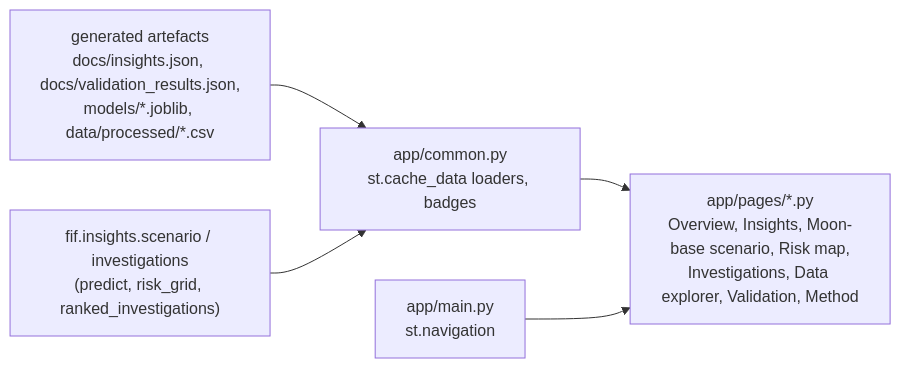
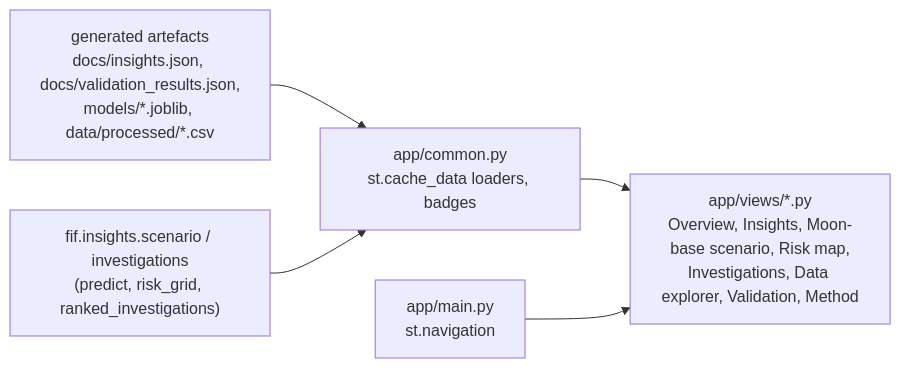
The fourth of 4 diagrams in docs/ARCHITECTURE.md (ruska51/prometheus-0g), drawn with Mermaid before and after one commit. The commit also changed 23 other files, not shown here.

First line of the commit message:
stage-8: burning-droplet animation window (ADR-035), app/pages -> app/views navigation fix

````diff
--- a/docs/ARCHITECTURE.md
+++ b/docs/ARCHITECTURE.md
@@ -119,7 +119,7 @@
 ```mermaid
 flowchart LR
     G["generated artefacts<br/>docs/insights.json, docs/validation_results.json,<br/>models/*.joblib, data/processed/*.csv"] --> C["app/common.py<br/>st.cache_data loaders, badges"]
     P["fif.insights.scenario / investigations<br/>(predict, risk_grid, ranked_investigations)"] --> C
-    C --> PG["app/pages/*.py<br/>Overview, Insights, Moon-base scenario, Risk map,<br/>Investigations, Data explorer, Validation, Method"]
+    C --> PG["app/views/*.py<br/>Overview, Insights, Moon-base scenario, Risk map,<br/>Investigations, Data explorer, Validation, Method"]
     M["app/main.py<br/>st.navigation"] --> PG
 ```
````
